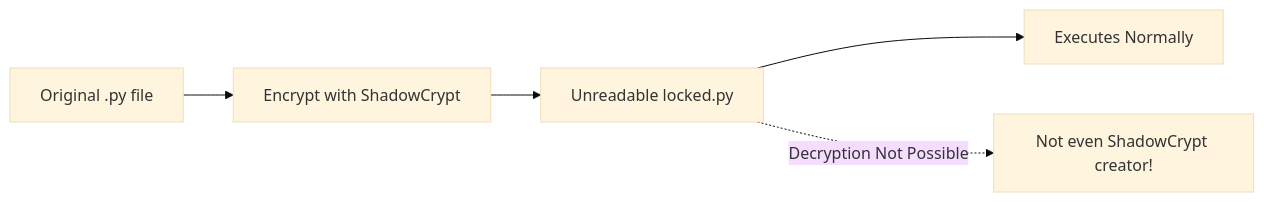
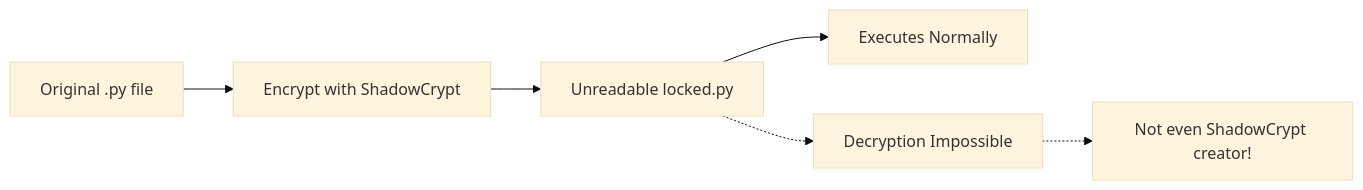
Before and after one commit to AFTeam-Owner/shadowcrypt: the diagram in README.md, drawn with Mermaid (base theme). The commit also changed other lines of this file, not shown here.

````diff
--- a/README.md
+++ b/README.md
@@ -61,7 +89,8 @@
 ```mermaid
 graph LR
     A[Original .py file] --> B[Encrypt with ShadowCrypt]
     B --> C[Unreadable locked.py]
     C --> D[Executes Normally]
-    C -. Decryption Not Possible .-> X[Not even ShadowCrypt creator!]
+    C -.-> X[Decryption Impossible]
+    X -.-> Y[Not even ShadowCrypt creator!]
 ```
````
